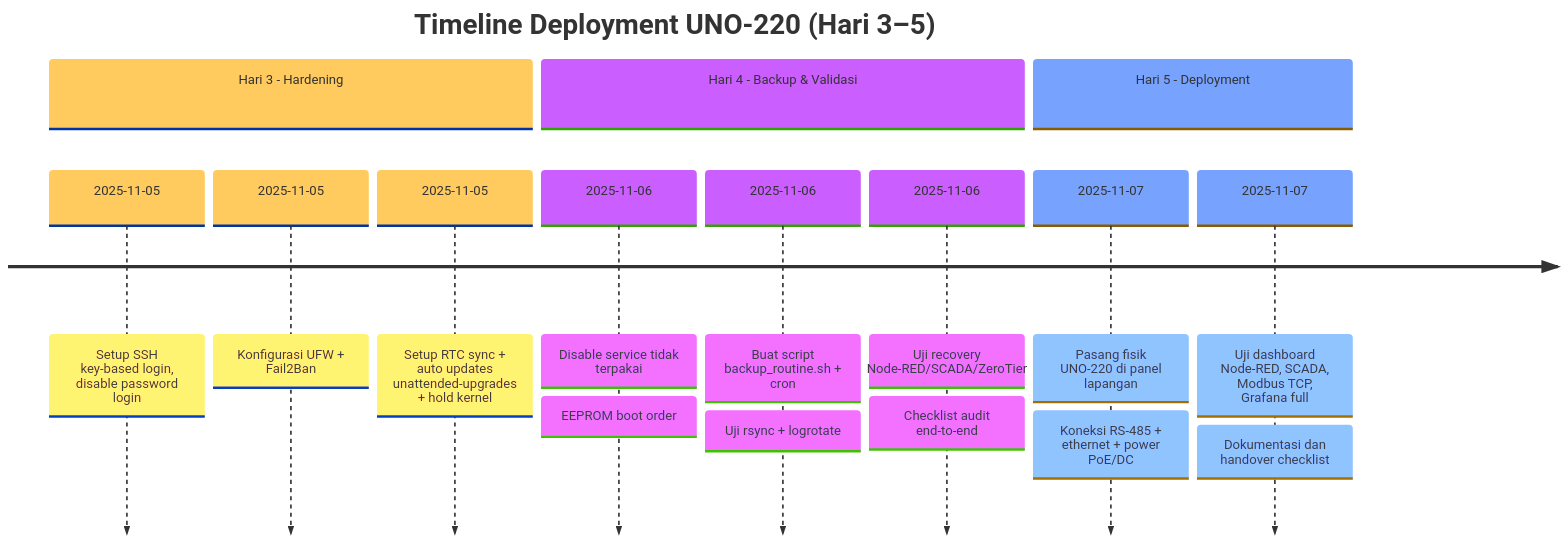
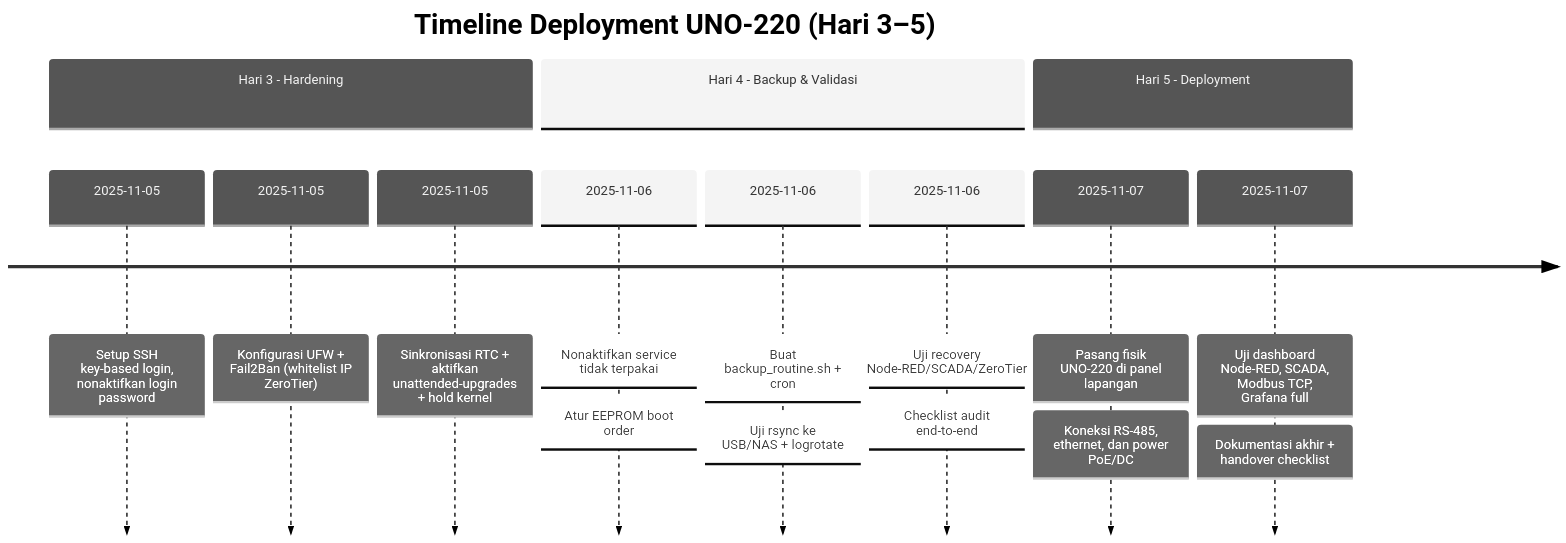
One commit to kumajaya/automation-blog changed the third of 3 diagrams in docs/_posts/2025-10-23-menyiapkan-advantech-uno-220-sebagai-edge-device-industri.md. Above: the diagram before and after it, drawn with Mermaid. The commit also changed other lines of this file, not shown here.

Commit message:
chore: sync Ghost CMS

```diff
--- a/docs/_posts/2025-10-23-menyiapkan-advantech-uno-220-sebagai-edge-device-industri.md
+++ b/docs/_posts/2025-10-23-menyiapkan-advantech-uno-220-sebagai-edge-device-industri.md
@@ -1492,21 +210,21 @@
 <div class="mermaid" style="width:110%;">
     ---
     config:
-      theme: base
+      theme: neutral
     ---
     timeline
         title Timeline Deployment UNO-220 (Hari 3–5)
         section Hari 3 - Hardening
-          2025-11-05 : Setup SSH key-based login, disable password login
-          2025-11-05 : Konfigurasi UFW + Fail2Ban
-          2025-11-05 : Setup RTC sync + auto updates unattended-upgrades + hold kernel
+            2025-11-05 : Setup SSH key-based login, nonaktifkan login password
+            2025-11-05 : Konfigurasi UFW + Fail2Ban (whitelist IP ZeroTier)
+            2025-11-05 : Sinkronisasi RTC + aktifkan unattended-upgrades + hold kernel
         section Hari 4 - Backup &amp; Validasi
-          2025-11-06 : Disable service tidak terpakai : EEPROM boot order
-          2025-11-06 : Buat script backup_routine.sh + cron : Uji rsync + logrotate
-          2025-11-06 : Uji recovery Node-RED/SCADA/ZeroTier : Checklist audit end-to-end
+            2025-11-06 : Nonaktifkan service tidak terpakai : Atur EEPROM boot order
+            2025-11-06 : Buat backup_routine.sh + cron : Uji rsync ke USB/NAS + logrotate
+            2025-11-06 : Uji recovery Node-RED/SCADA/ZeroTier : Checklist audit end-to-end
         section Hari 5 - Deployment
-          2025-11-07 : Pasang fisik UNO-220 di panel lapangan
-            : Koneksi RS-485 + ethernet + power PoE/DC
-          2025-11-07 : Uji dashboard Node-RED, SCADA, Modbus TCP, Grafana full
-            : Dokumentasi dan handover checklist
+            2025-11-07 : Pasang fisik UNO-220 di panel lapangan
+            : Koneksi RS-485, ethernet, dan power PoE/DC
+            2025-11-07 : Uji dashboard Node-RED, SCADA, Modbus TCP, Grafana full
+            : Dokumentasi akhir + handover checklist
 </div>
```
